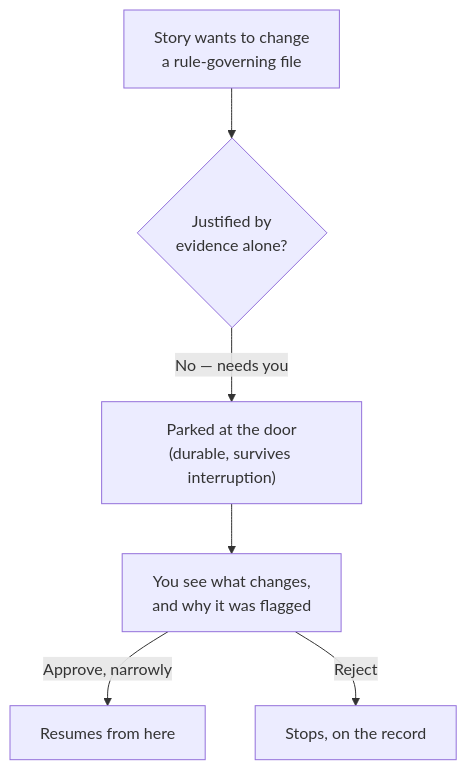
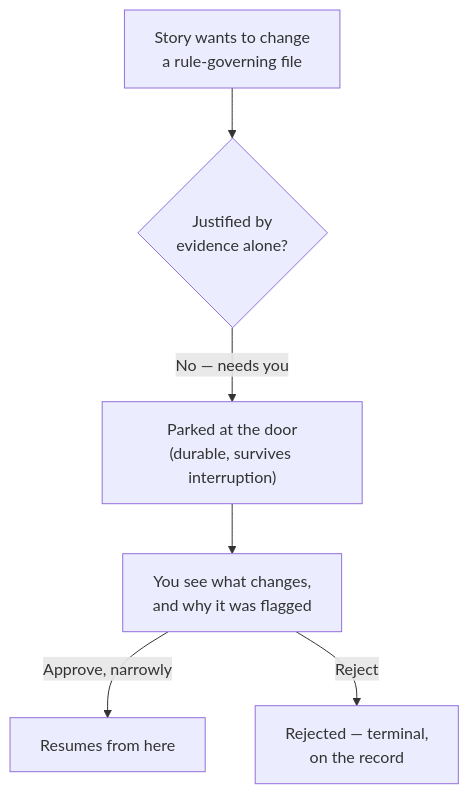
One commit to agentic-workflow-kit/jig changed the diagram in docs/product/use-cases.md. Above: the diagram before and after it, drawn with Mermaid. The commit also changed 3 other files, not shown here.

````diff
--- a/docs/product/use-cases.md
+++ b/docs/product/use-cases.md
@@ -39,8 +39,8 @@
 ```mermaid
 flowchart TD
     A["Story wants to change<br/>a rule-governing file"] --> B{"Justified by<br/>evidence alone?"}
     B -->|"No — needs you"| C["Parked at the door<br/>(durable, survives interruption)"]
     C --> D["You see what changes,<br/>and why it was flagged"]
     D -->|"Approve, narrowly"| E["Resumes from here"]
-    D -->|"Reject"| F["Stops, on the record"]
+    D -->|"Reject"| F["Rejected — terminal,<br/>on the record"]
 ```
````
